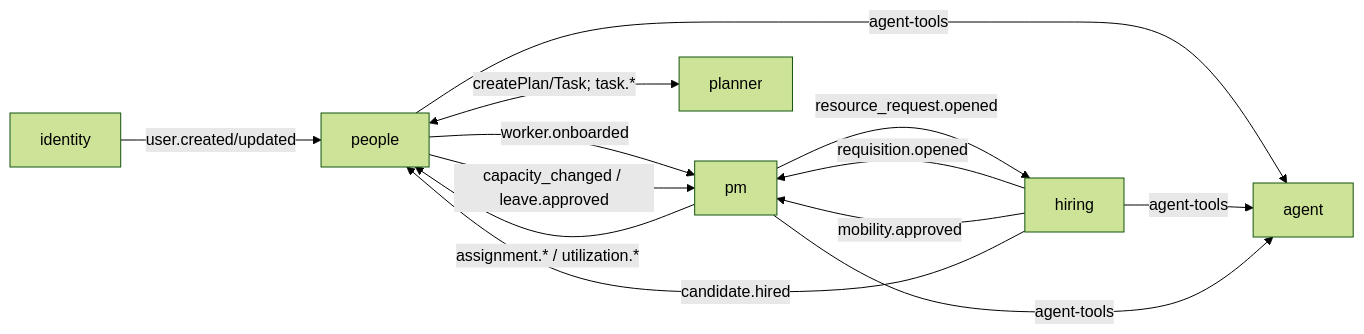
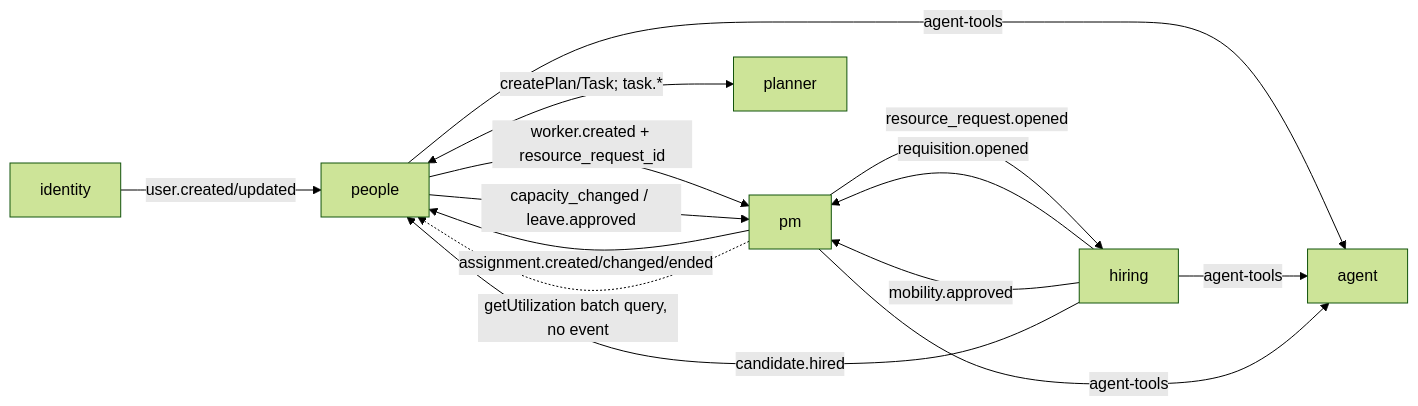
One commit to Seta-International/agent-platform changed the fourth of 4 diagrams in docs/spike/db-design.md. Above: the diagram before and after it, drawn with Mermaid (forest theme). The commit also changed other lines of this file and 5 other files, not shown here.

First line of the commit message:
docs(spike): architecture-revision pass on people/hiring/pm design

````diff
--- a/docs/spike/db-design.md
+++ b/docs/spike/db-design.md
@@ -263,13 +380,14 @@
 ```mermaid
 flowchart LR
   identity -->|user.created/updated| people
   pm -->|resource_request.opened| hiring
   hiring -->|requisition.opened| pm
   hiring -->|mobility.approved| pm
   hiring -->|candidate.hired| people
-  people -->|worker.onboarded| pm
+  people -->|worker.created + resource_request_id| pm
   people -->|capacity_changed / leave.approved| pm
-  pm -->|assignment.* / utilization.*| people
+  pm -->|assignment.created/changed/ended| people
+  pm -.->|getUtilization batch query, no event| people
   people <-->|createPlan/Task; task.*| planner
   people & hiring & pm -->|agent-tools| agent
 ```
````
